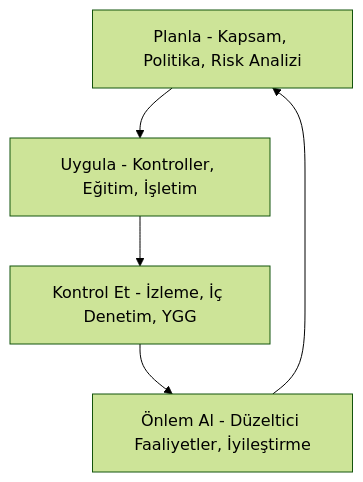
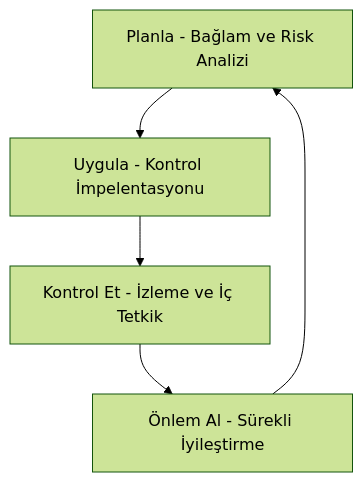
Before and after one commit to arch-yunus/BGYS-Egitim-Notlari: the diagram in modules/01-temel-kavramlar.md, drawn with Mermaid (forest theme). The commit also changed other lines of this file and 11 other files, not shown here.

````diff
--- a/modules/01-temel-kavramlar.md
+++ b/modules/01-temel-kavramlar.md
@@ -23,7 +23,7 @@
 ```mermaid
 graph TD
-    A[Planla - Kapsam, Politika, Risk Analizi] --> B[Uygula - Kontroller, Eğitim, İşletim]
-    B --> C[Kontrol Et - İzleme, İç Denetim, YGG]
-    C --> D[Önlem Al - Düzeltici Faaliyetler, İyileştirme]
+    A[Planla - Bağlam ve Risk Analizi] --> B[Uygula - Kontrol İmpelentasyonu]
+    B --> C[Kontrol Et - İzleme ve İç Tetkik]
+    C --> D[Önlem Al - Sürekli İyileştirme]
     D --> A
 ```
````
